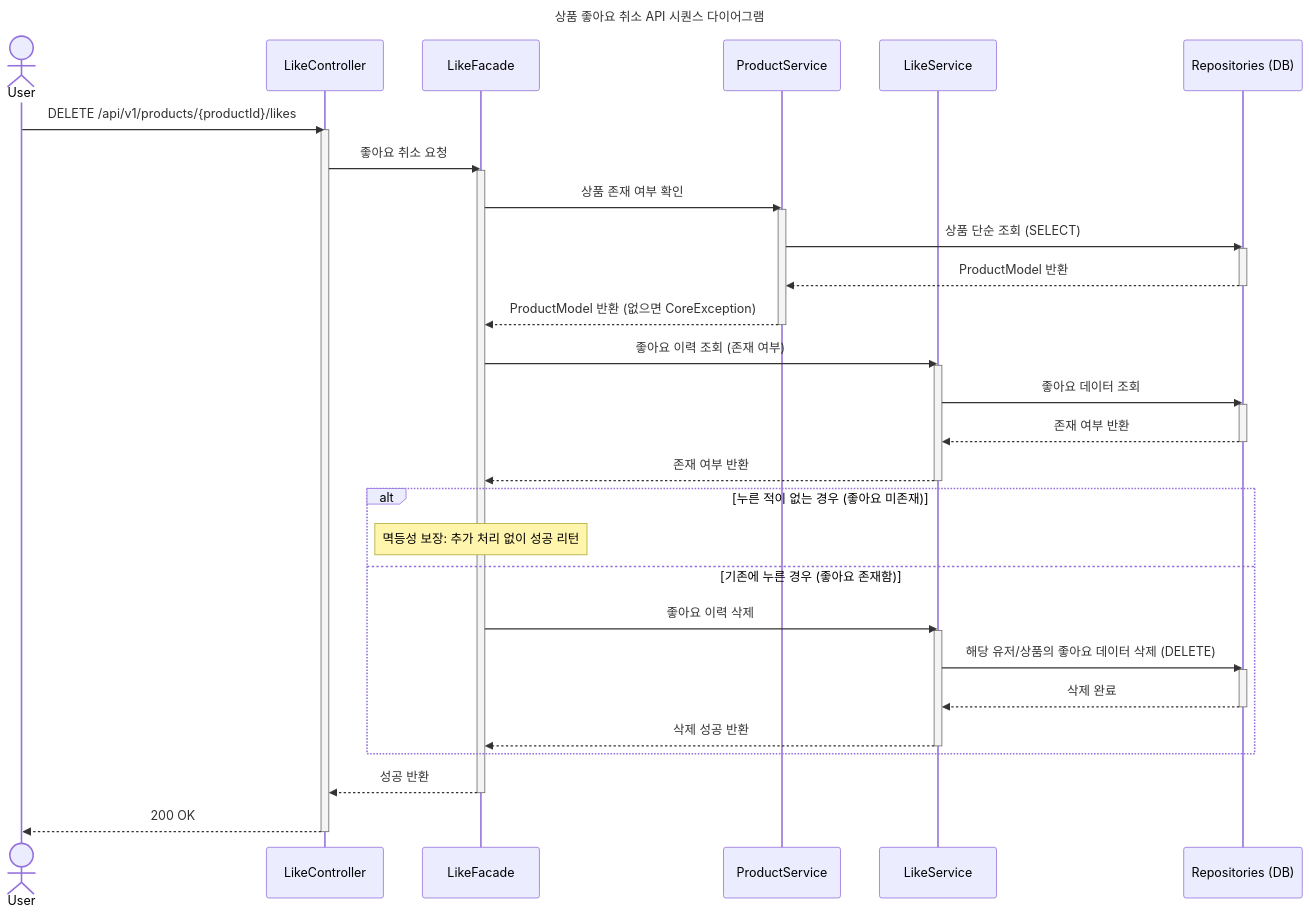
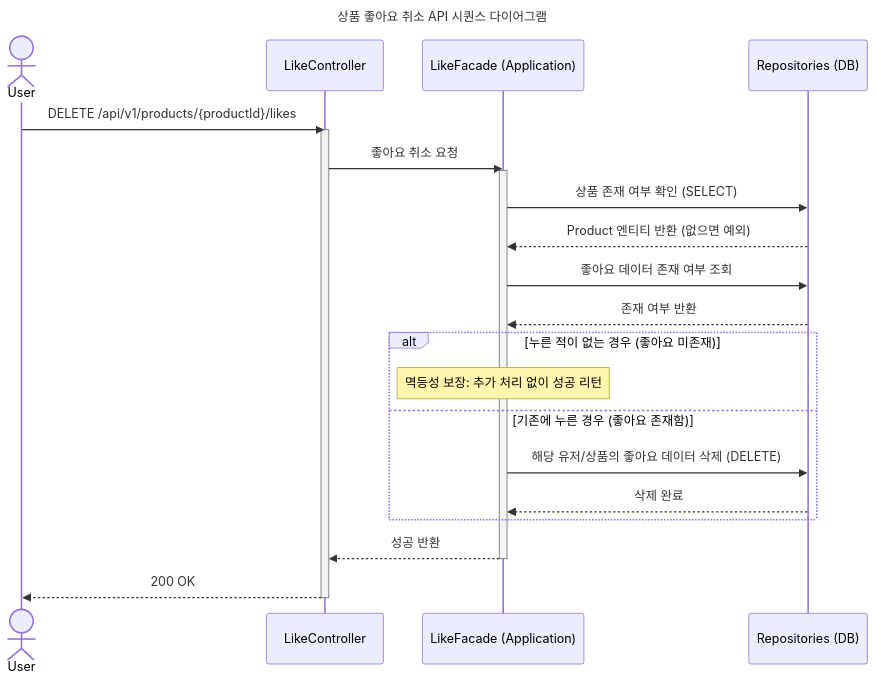
One commit to loopers-labs/loop-pack-be-l2-vol4-java changed the third of 5 diagrams in docs/week2/02-sequence-diagrams.md. Above: the diagram before and after it, drawn with Mermaid. The commit also changed other lines of this file and 1 other file, not shown here.

````diff
--- a/docs/week2/02-sequence-diagrams.md
+++ b/docs/week2/02-sequence-diagrams.md
@@ -185,56 +98,33 @@
 ```mermaid
 sequenceDiagram
     title 상품 좋아요 취소 API 시퀀스 다이어그램
     actor User
     participant Controller as LikeController
-    participant Facade as LikeFacade
-    participant ProductSvc as ProductService
-    participant LikeSvc as LikeService
+    participant Facade as LikeFacade (Application)
     participant Repo as Repositories (DB)
 
     User->>Controller: DELETE /api/v1/products/{productId}/likes
     activate Controller
 
     Controller->>Facade: 좋아요 취소 요청
     activate Facade
 
+    Facade->>Repo: 상품 존재 여부 확인 (SELECT)
+    Repo-->>Facade: Product 엔티티 반환 (없으면 예외)
 
-        Facade->>ProductSvc: 상품 존재 여부 확인
-        activate ProductSvc
-        ProductSvc->>Repo: 상품 단순 조회 (SELECT)
-        activate Repo
-        Repo-->>ProductSvc: ProductModel 반환
-        deactivate Repo
-        ProductSvc-->>Facade: ProductModel 반환 (없으면 CoreException)
-        deactivate ProductSvc
+    Facade->>Repo: 좋아요 데이터 존재 여부 조회
+    Repo-->>Facade: 존재 여부 반환
 
-        Facade->>LikeSvc: 좋아요 이력 조회 (존재 여부)
-        activate LikeSvc
-        LikeSvc->>Repo: 좋아요 데이터 조회
-        activate Repo
-        Repo-->>LikeSvc: 존재 여부 반환
-        deactivate Repo
-        LikeSvc-->>Facade: 존재 여부 반환
-        deactivate LikeSvc
-
-        alt 누른 적이 없는 경우 (좋아요 미존재)
-            Note over Facade: 멱등성 보장: 추가 처리 없이 성공 리턴
-        else 기존에 누른 경우 (좋아요 존재함)
-            Facade->>LikeSvc: 좋아요 이력 삭제
-            activate LikeSvc
-            LikeSvc->>Repo: 해당 유저/상품의 좋아요 데이터 삭제 (DELETE)
-            activate Repo
-            Repo-->>LikeSvc: 삭제 완료
-            deactivate Repo
-            LikeSvc-->>Facade: 삭제 성공 반환
-            deactivate LikeSvc
-        end
-
-
+    alt 누른 적이 없는 경우 (좋아요 미존재)
+        Note over Facade: 멱등성 보장: 추가 처리 없이 성공 리턴
+    else 기존에 누른 경우 (좋아요 존재함)
+        Facade->>Repo: 해당 유저/상품의 좋아요 데이터 삭제 (DELETE)
+        Repo-->>Facade: 삭제 완료
+    end
 
     Facade-->>Controller: 성공 반환
     deactivate Facade
 
     Controller-->>User: 200 OK
     deactivate Controller
 ```
````
